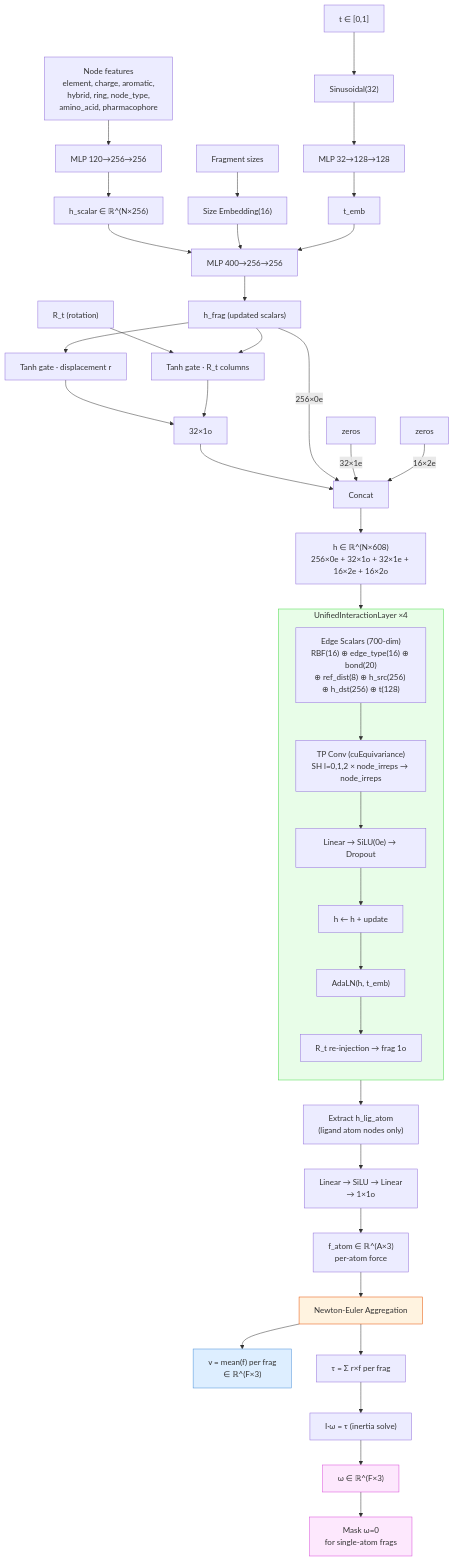
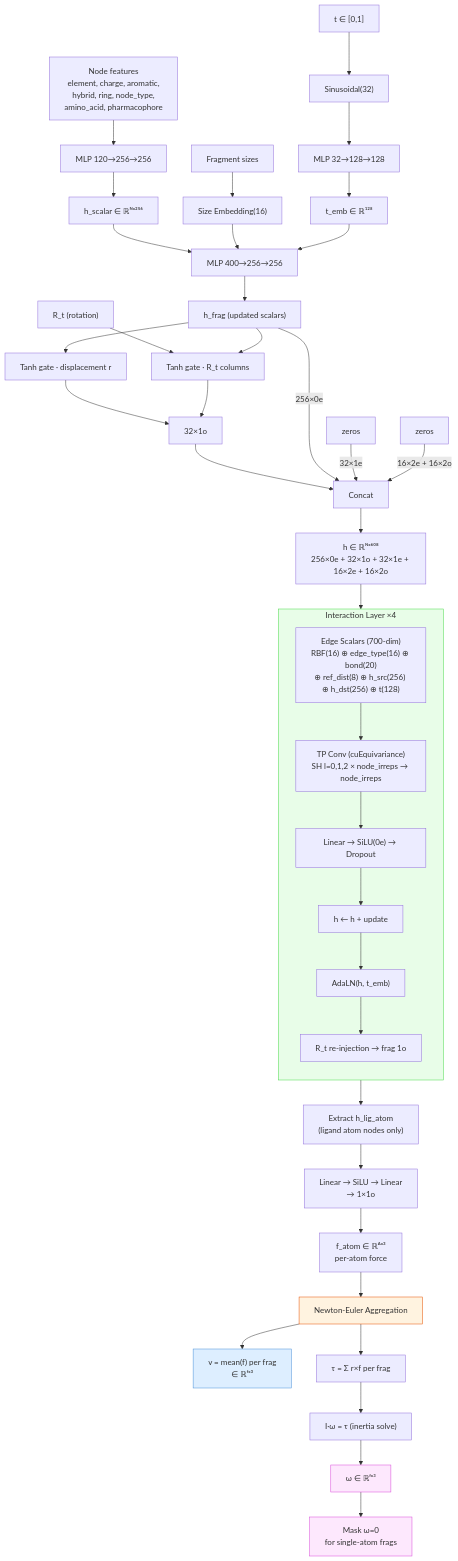
The diagram in docs/architecture.md (eightmm/FlowFrag), drawn with Mermaid before and after one commit. The commit also changed other lines of this file and 13 other files, not shown here.

````diff
--- a/docs/architecture.md
+++ b/docs/architecture.md
@@ -12,64 +9,64 @@
 ```mermaid
 flowchart TB
     %% ── Inputs ──
     IN_t["t ∈ [0,1]"] --> SIN["Sinusoidal(32)"]
     SIN --> TMLP["MLP 32→128→128"]
-    TMLP --> t_emb["t_emb"]
+    TMLP --> t_emb["t_emb ∈ ℝ¹²⁸"]
 
     IN_node["Node features\nelement, charge, aromatic,\nhybrid, ring, node_type,\namino_acid, pharmacophore"] --> NEMB["MLP 120→256→256"]
-    NEMB --> h0["h_scalar ∈ ℝ^(N×256)"]
+    NEMB --> h0["h_scalar ∈ ℝᴺˣ²⁵⁶"]
 
     IN_frag["Fragment sizes"] --> SEMB["Size Embedding(16)"]
     h0 --> FINIT
     SEMB --> FINIT
     t_emb --> FINIT["MLP 400→256→256"]
     FINIT --> h0_frag["h_frag (updated scalars)"]
 
     %% ── Equivariant State ──
     h0_frag --> GATE["Tanh gate · displacement r"]
     GATE --> h1o["32×1o"]
 
     IN_R["R_t (rotation)"] --> RGATE["Tanh gate · R_t columns"]
     h0_frag --> RGATE
     RGATE --> h1o
 
     h1o --> CONCAT
     h0_frag -->|"256×0e"| CONCAT
     ZERO1["zeros"] -->|"32×1e"| CONCAT
-    ZERO2["zeros"] -->|"16×2e"| CONCAT
-    CONCAT["Concat"] --> h["h ∈ ℝ^(N×608)\n256×0e + 32×1o + 32×1e + 16×2e + 16×2o"]
+    ZERO2["zeros"] -->|"16×2e + 16×2o"| CONCAT
+    CONCAT["Concat"] --> h["h ∈ ℝᴺˣ⁶⁰⁸\n256×0e + 32×1o + 32×1e + 16×2e + 16×2o"]
 
     %% ── Interaction ──
     h --> LAYER
 
-    subgraph LAYER["UnifiedInteractionLayer  ×4"]
+    subgraph LAYER["Interaction Layer  ×4"]
         direction TB
         ES["Edge Scalars (700-dim)\nRBF(16) ⊕ edge_type(16) ⊕ bond(20)\n⊕ ref_dist(8) ⊕ h_src(256) ⊕ h_dst(256) ⊕ t(128)"]
         TP["TP Conv (cuEquivariance)\nSH l=0,1,2 × node_irreps → node_irreps"]
         UP["Linear → SiLU(0e) → Dropout"]
         RES["h ← h + update"]
         ALN["AdaLN(h, t_emb)"]
         RI["R_t re-injection → frag 1o"]
         ES --> TP --> UP --> RES --> ALN --> RI
     end
 
     %% ── Output (Newton-Euler) ──
     LAYER --> EXTRACT["Extract h_lig_atom\n(ligand atom nodes only)"]
 
     EXTRACT --> FHEAD["Linear → SiLU → Linear\n→ 1×1o"]
-    FHEAD --> fatom["f_atom ∈ ℝ^(A×3)\nper-atom force"]
+    FHEAD --> fatom["f_atom ∈ ℝᴬˣ³\nper-atom force"]
 
     fatom --> NE["Newton-Euler Aggregation"]
-    NE --> v["v = mean(f) per frag\n∈ ℝ^(F×3)"]
+    NE --> v["v = mean(f) per frag\n∈ ℝᶠˣ³"]
     NE --> tau["τ = Σ r×f per frag"]
     tau --> SOLVE["I·ω = τ  (inertia solve)"]
-    SOLVE --> w["ω ∈ ℝ^(F×3)"]
+    SOLVE --> w["ω ∈ ℝᶠˣ³"]
     w --> WMASK["Mask ω=0\nfor single-atom frags"]
 
     %% ── Styles ──
     style LAYER fill:#e8fde8,stroke:#4ad94a
     style NE fill:#fff3e0,stroke:#e65100
     style v fill:#ddeeff,stroke:#4a90d9
     style w fill:#fde8fd,stroke:#d94ad9
     style WMASK fill:#fde8fd,stroke:#d94ad9
 ```
````
